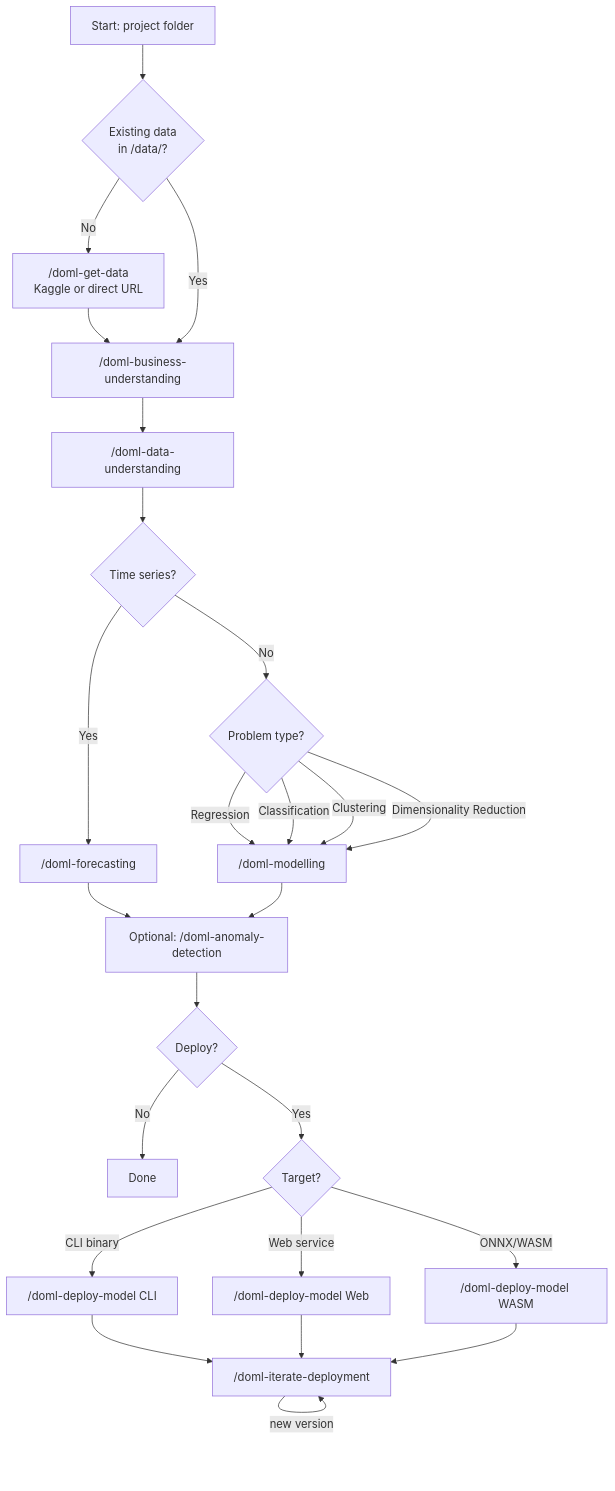
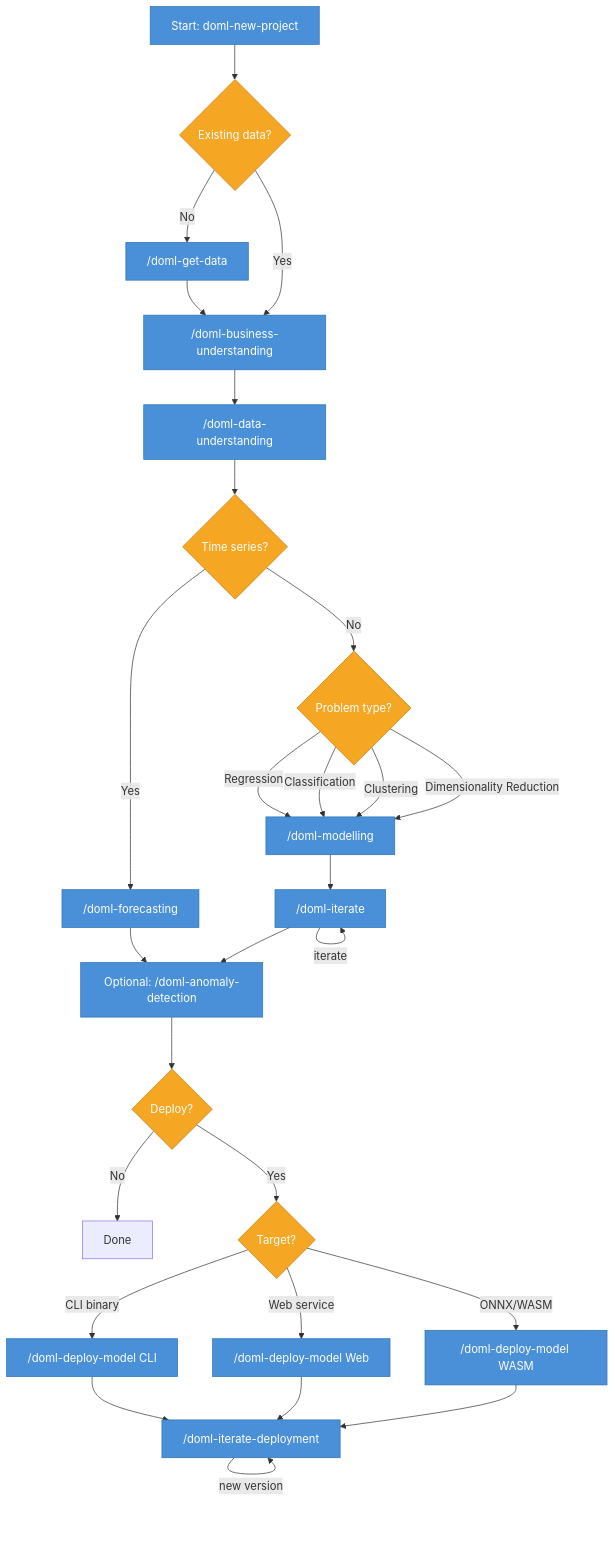
One commit to wpalace/doML changed the diagram in README.md. Above: the diagram before and after it, drawn with Mermaid. The commit also changed other lines of this file, not shown here.

Commit message:
docs(19): add doml-iterate to diagram, leaderboard paragraph, diagram colors
- Added /doml-iterate node with self-loop between modelling and anomaly detection
- Added leaderboard paragraph to What is DoML? description
- Added classDef colors: blue for commands, amber for decision nodes

````diff
--- a/README.md
+++ b/README.md
@@ -49,27 +51,34 @@
 ```mermaid
 flowchart TD
-    A[Start: project folder] --> B{"Existing data\nin /data/?"}
-    B -- No --> C["/doml-get-data\nKaggle or direct URL"]
+    A[Start: doml-new-project] --> B{"Existing data?"}
+    B -- No --> C["/doml-get-data"]
     C --> D["/doml-business-understanding"]
     B -- Yes --> D
     D --> E["/doml-data-understanding"]
     E --> F{Time series?}
     F -- Yes --> G["/doml-forecasting"]
     F -- No --> H{Problem type?}
     H -- Regression --> I["/doml-modelling"]
     H -- Classification --> I
     H -- Clustering --> I
     H -- Dimensionality Reduction --> I
+    I --> R["/doml-iterate"]
+    R -- iterate --> R
     G --> J["Optional: /doml-anomaly-detection"]
-    I --> J
+    R --> J
     J --> K{Deploy?}
     K -- No --> L[Done]
     K -- Yes --> M{Target?}
     M -- CLI binary --> N["/doml-deploy-model CLI"]
     M -- Web service --> O["/doml-deploy-model Web"]
     M -- "ONNX/WASM" --> P["/doml-deploy-model WASM"]
     N --> Q["/doml-iterate-deployment"]
     O --> Q
     P --> Q
     Q -- new version --> Q
+
+    classDef command fill:#4A90D9,stroke:#2971B0,color:#fff
+    classDef decision fill:#F5A623,stroke:#C47D10,color:#fff
+    class A,C,D,E,G,I,R,J,N,O,P,Q command
+    class B,F,H,K,M decision
 ```
````
